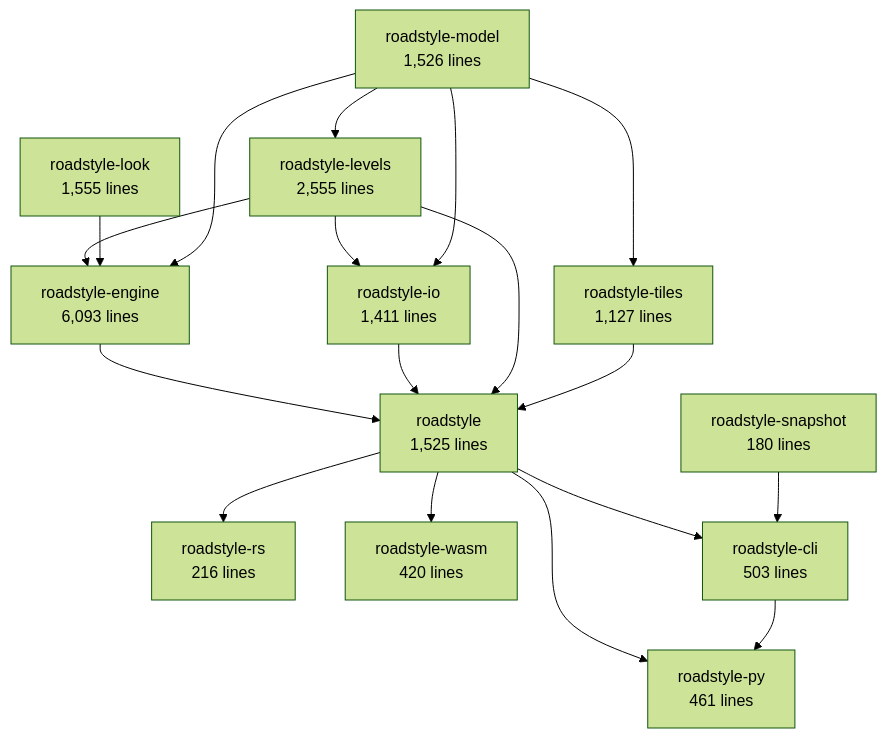
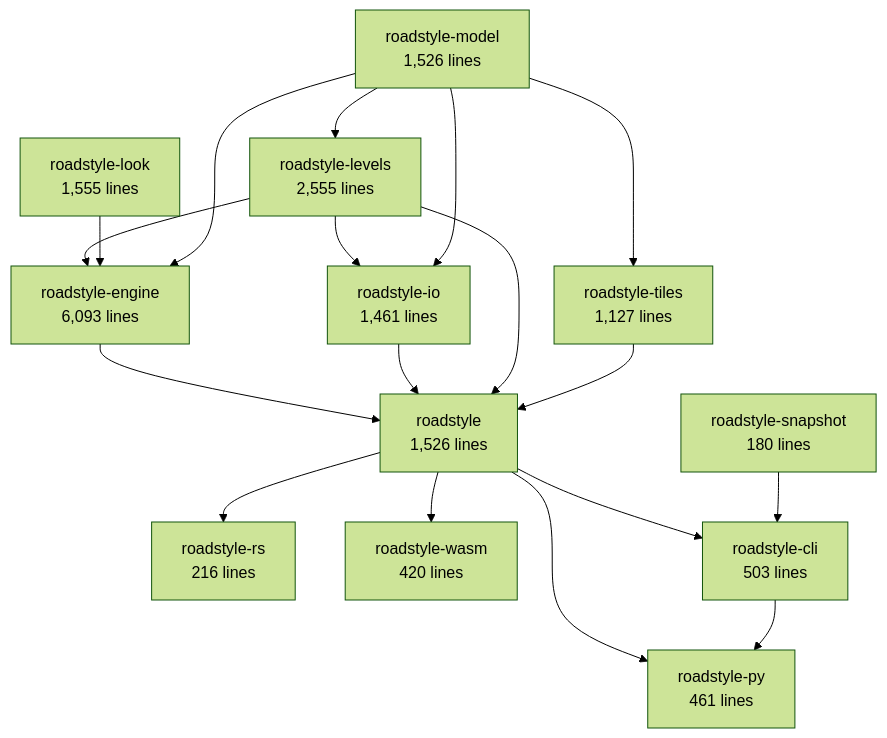
One commit to Khoshkhah/roadstyle changed the second of 6 diagrams in docs/rust/architecture.md. Above: the diagram before and after it, drawn with Mermaid (forest theme). The commit also changed other lines of this file and 17 other files, not shown here.

````diff
--- a/docs/rust/architecture.md
+++ b/docs/rust/architecture.md
@@ -69,32 +69,32 @@
 ```mermaid
 flowchart TB
     roadstyle_model["roadstyle-model<br/>1,526 lines"]
     roadstyle_look["roadstyle-look<br/>1,555 lines"]
-    roadstyle_io["roadstyle-io<br/>1,411 lines"]
+    roadstyle_io["roadstyle-io<br/>1,461 lines"]
     roadstyle_levels["roadstyle-levels<br/>2,555 lines"]
     roadstyle_engine["roadstyle-engine<br/>6,093 lines"]
     roadstyle_tiles["roadstyle-tiles<br/>1,127 lines"]
-    roadstyle["roadstyle<br/>1,525 lines"]
+    roadstyle["roadstyle<br/>1,526 lines"]
     roadstyle_rs["roadstyle-rs<br/>216 lines"]
     roadstyle_wasm["roadstyle-wasm<br/>420 lines"]
     roadstyle_py["roadstyle-py<br/>461 lines"]
     roadstyle_cli["roadstyle-cli<br/>503 lines"]
     roadstyle_snapshot["roadstyle-snapshot<br/>180 lines"]
     roadstyle_levels --> roadstyle_io
     roadstyle_model --> roadstyle_io
     roadstyle_model --> roadstyle_levels
     roadstyle_levels --> roadstyle_engine
     roadstyle_look --> roadstyle_engine
     roadstyle_model --> roadstyle_engine
     roadstyle_model --> roadstyle_tiles
     roadstyle_engine --> roadstyle
     roadstyle_io --> roadstyle
     roadstyle_levels --> roadstyle
     roadstyle_tiles --> roadstyle
     roadstyle --> roadstyle_rs
     roadstyle --> roadstyle_wasm
     roadstyle --> roadstyle_py
     roadstyle_cli --> roadstyle_py
     roadstyle --> roadstyle_cli
     roadstyle_snapshot --> roadstyle_cli
 ```
````
